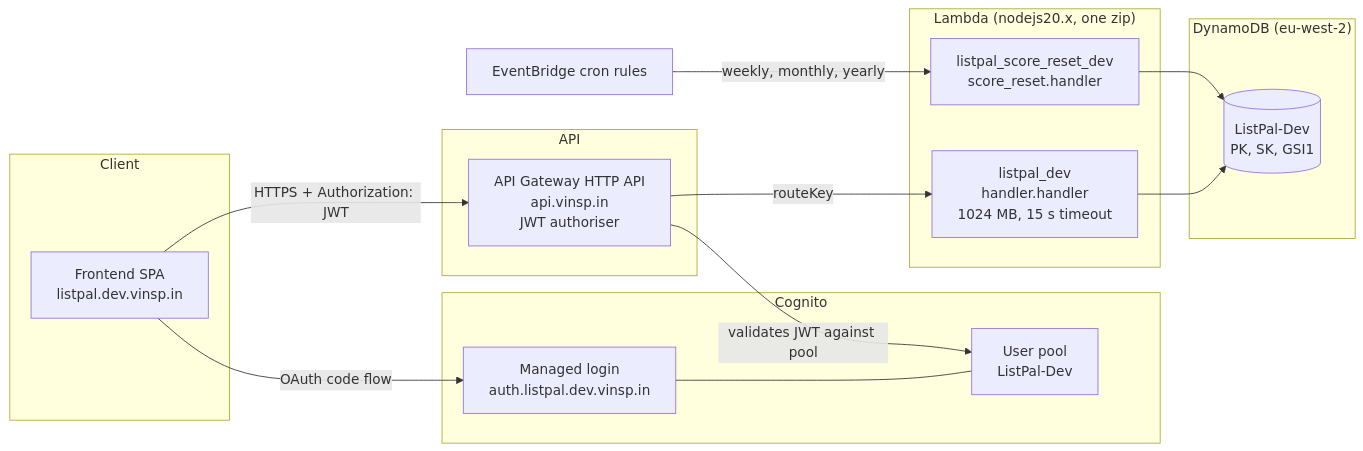
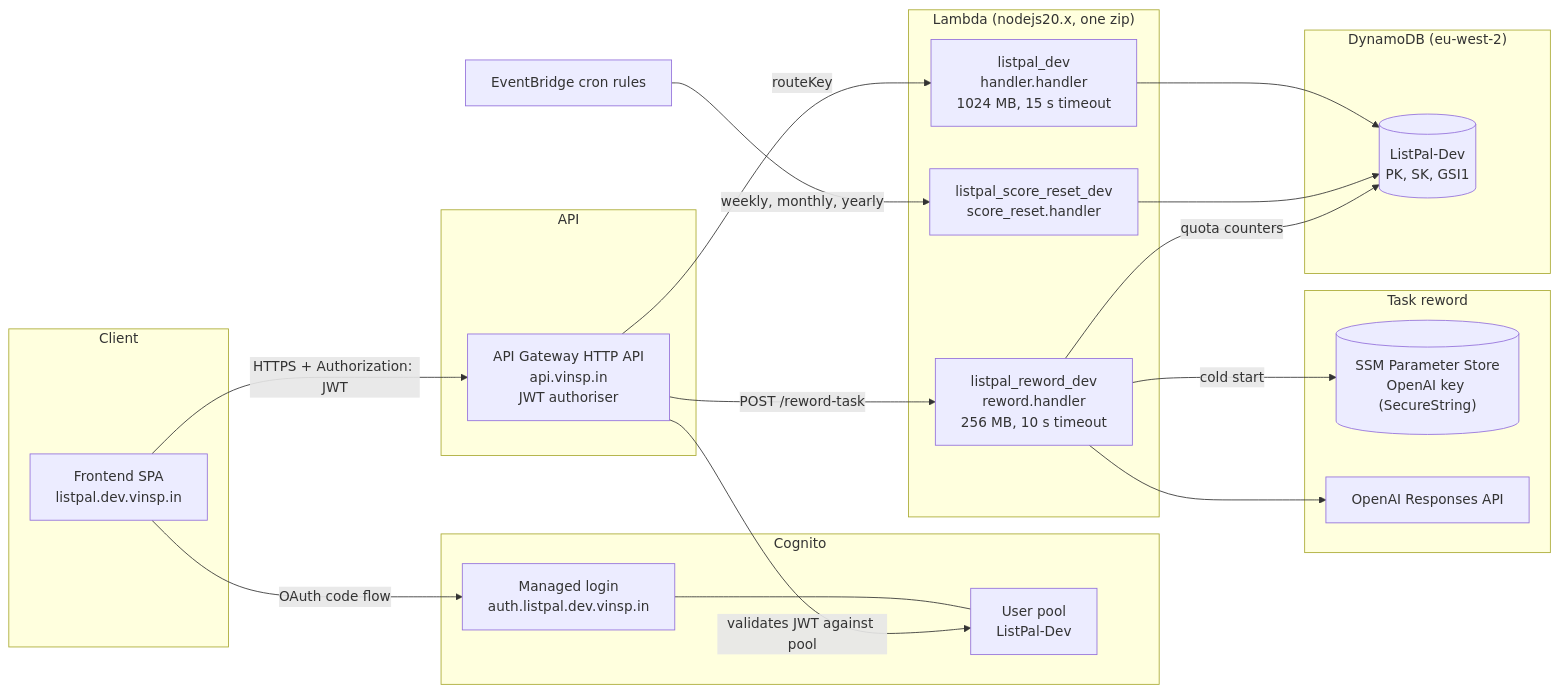
Before and after one commit to TomBenjaminMorris/listpal-backend: the first of 11 diagrams in ARCHITECTURE.md, drawn with Mermaid. The commit also changed other lines of this file and 6 other files, not shown here.

First line of the commit message:
Add POST /reword-task to reword a task with OpenAI, with daily quotas

````diff
--- a/ARCHITECTURE.md
+++ b/ARCHITECTURE.md
@@ -62,35 +65,45 @@
 ```mermaid
 flowchart LR
     subgraph Client
         FE["Frontend SPA<br/>listpal.dev.vinsp.in"]
     end
 
     subgraph Auth["Cognito"]
         UP["User pool<br/>ListPal-Dev"]
         HUI["Managed login<br/>auth.listpal.dev.vinsp.in"]
     end
 
     subgraph Edge["API"]
         APIGW["API Gateway HTTP API<br/>api.vinsp.in<br/>JWT authoriser"]
     end
 
     subgraph Compute["Lambda (nodejs20.x, one zip)"]
         L1["listpal_dev<br/>handler.handler<br/>1024 MB, 15 s timeout"]
         L2["listpal_score_reset_dev<br/>score_reset.handler"]
+        L3["listpal_reword_dev<br/>reword.handler<br/>256 MB, 10 s timeout"]
+    end
+
+    subgraph AI["Task reword"]
+        SSM[("SSM Parameter Store<br/>OpenAI key (SecureString)")]
+        OAI["OpenAI Responses API"]
     end
 
     subgraph Data["DynamoDB (eu-west-2)"]
         T1[("ListPal-Dev<br/>PK, SK, GSI1")]
     end
 
     EB["EventBridge cron rules"]
 
     FE -->|"OAuth code flow"| HUI
     HUI --- UP
     FE -->|"HTTPS + Authorization: JWT"| APIGW
     APIGW -->|"validates JWT against pool"| UP
     APIGW -->|"routeKey"| L1
     L1 --> T1
     EB -->|"weekly, monthly, yearly"| L2
     L2 --> T1
+    APIGW -->|"POST /reword-task"| L3
+    L3 -->|"cold start"| SSM
+    L3 --> OAI
+    L3 -->|"quota counters"| T1
 ```
````
